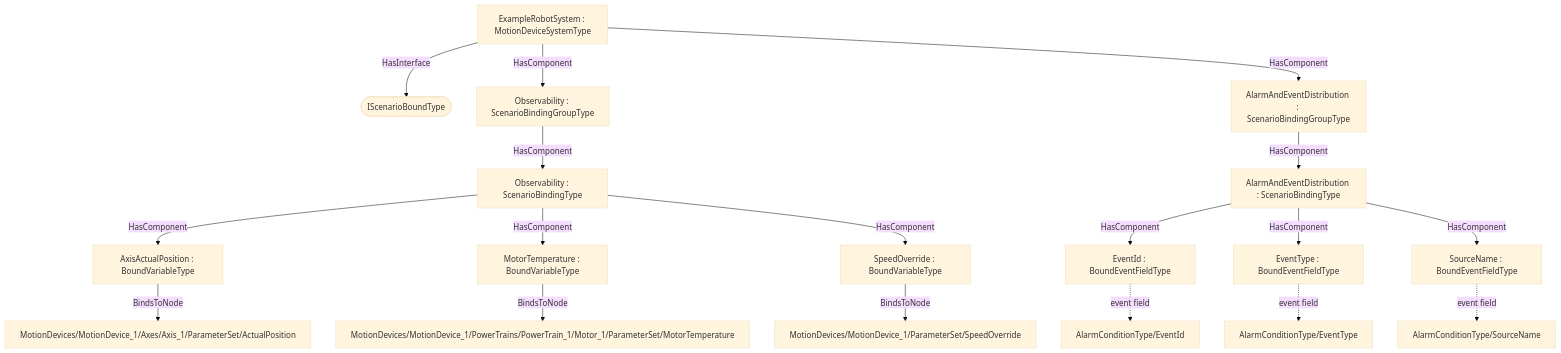
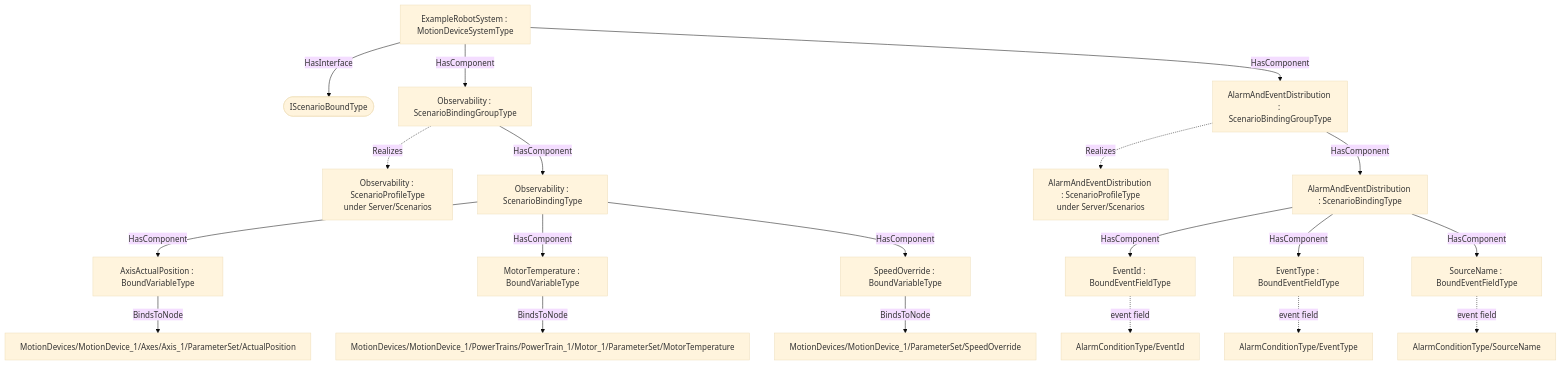
Before and after one commit to marcschier/opcua-drafts: the second of 2 diagrams in core-specs/scenario-binding/examples/robotics/OPC-UA-Robotics-Scenario-Bindings-Addendum.md, drawn with Mermaid (base theme). The commit also changed 22 other files, not shown here.

````diff
--- a/core-specs/scenario-binding/examples/robotics/OPC-UA-Robotics-Scenario-Bindings-Addendum.md
+++ b/core-specs/scenario-binding/examples/robotics/OPC-UA-Robotics-Scenario-Bindings-Addendum.md
@@ -127,21 +127,23 @@
 ```mermaid
 graph TD
   R["ExampleRobotSystem : MotionDeviceSystemType"]
   R -->|HasInterface| I([IScenarioBoundType])
   R -->|HasComponent| G0["Observability : ScenarioBindingGroupType"]
+  G0 -.Realizes.-> P0["Observability : ScenarioProfileType<br/>under Server/Scenarios"]
   G0 -->|HasComponent| B0["Observability : ScenarioBindingType"]
   B0 -->|HasComponent| IT00["AxisActualPosition : BoundVariableType"]
   IT00 -->|BindsToNode| N00["MotionDevices/MotionDevice_1/Axes/Axis_1/ParameterSet/ActualPosition"]
   B0 -->|HasComponent| IT01["MotorTemperature : BoundVariableType"]
   IT01 -->|BindsToNode| N01["MotionDevices/MotionDevice_1/PowerTrains/PowerTrain_1/Motor_1/ParameterSet/MotorTemperature"]
   B0 -->|HasComponent| IT02["SpeedOverride : BoundVariableType"]
   IT02 -->|BindsToNode| N02["MotionDevices/MotionDevice_1/ParameterSet/SpeedOverride"]
   R -->|HasComponent| G1["AlarmAndEventDistribution : ScenarioBindingGroupType"]
+  G1 -.Realizes.-> P1["AlarmAndEventDistribution : ScenarioProfileType<br/>under Server/Scenarios"]
   G1 -->|HasComponent| B1["AlarmAndEventDistribution : ScenarioBindingType"]
   B1 -->|HasComponent| IT10["EventId : BoundEventFieldType"]
   IT10 -.event field.-> N10["AlarmConditionType/EventId"]
   B1 -->|HasComponent| IT11["EventType : BoundEventFieldType"]
   IT11 -.event field.-> N11["AlarmConditionType/EventType"]
   B1 -->|HasComponent| IT12["SourceName : BoundEventFieldType"]
   IT12 -.event field.-> N12["AlarmConditionType/SourceName"]
 ```
````
